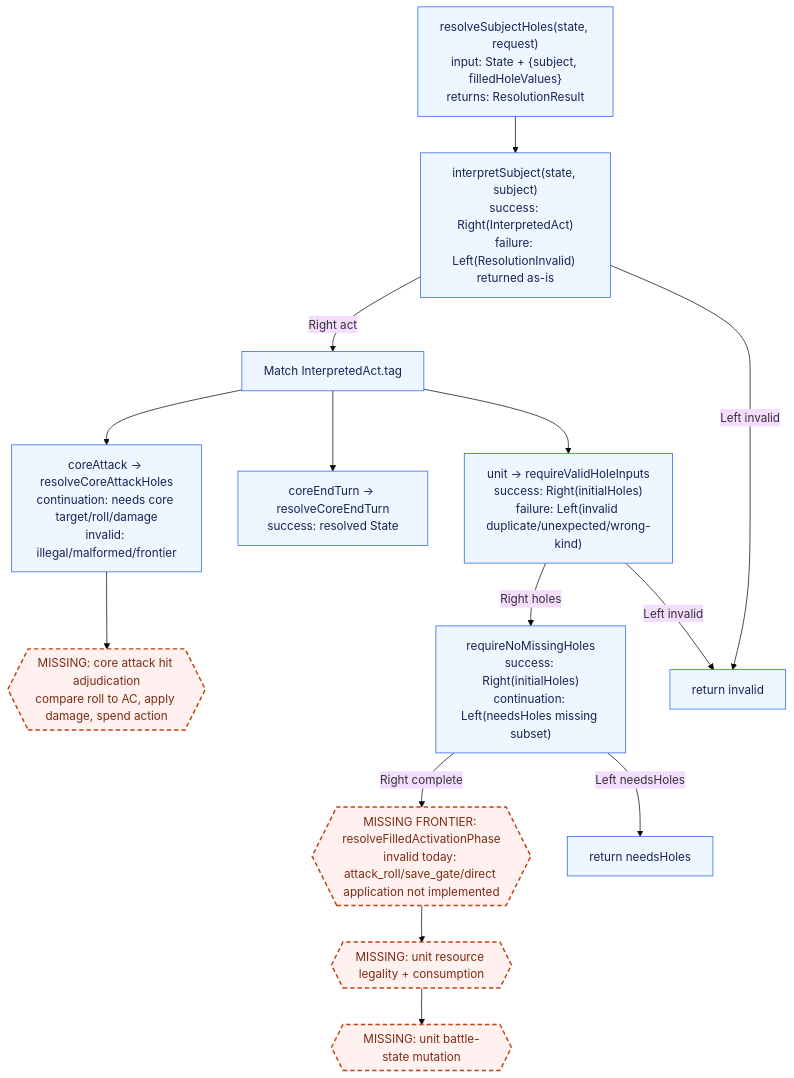
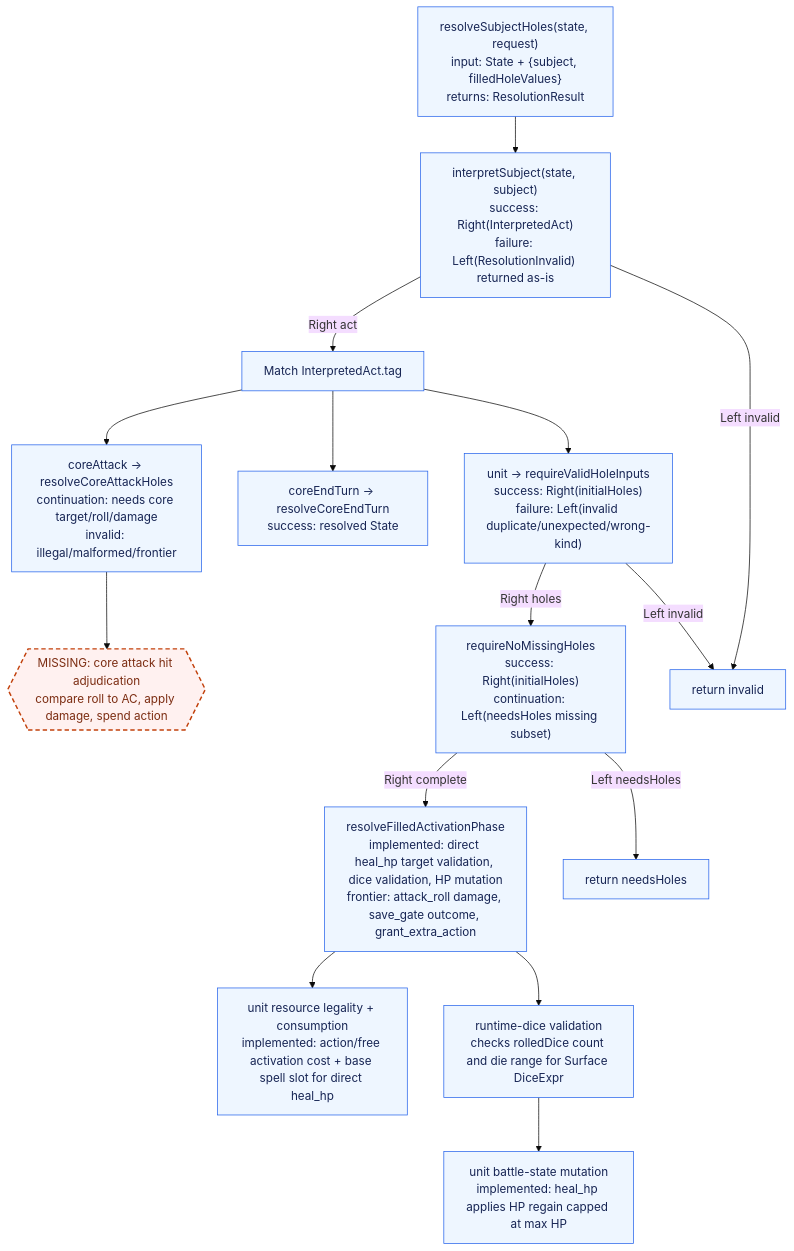
One commit to dearlordylord/5e-quint changed the fourth of 7 diagrams in packages/surface-runtime-correction/ARCHITECTURE_GRAPH.md. Above: the diagram before and after it, drawn with Mermaid (base theme). The commit also changed other lines of this file and 2 other files, not shown here.

Commit message:
Add unit resource spending

````diff
--- a/packages/surface-runtime-correction/ARCHITECTURE_GRAPH.md
+++ b/packages/surface-runtime-correction/ARCHITECTURE_GRAPH.md
@@ -132,31 +143,34 @@
 ```mermaid
 flowchart TD
   Resolve["resolveSubjectHoles(state, request)<br/>input: State + {subject, filledHoleValues}<br/>returns: ResolutionResult"]
   Interpret["interpretSubject(state, subject)<br/>success: Right(InterpretedAct)<br/>failure: Left(ResolutionInvalid) returned as-is"]
   Match["Match InterpretedAct.tag"]
 
   CoreAttackResolve["coreAttack -> resolveCoreAttackHoles<br/>continuation: needs core target/roll/damage<br/>invalid: illegal/malformed/frontier"]
   CoreAttackFrontier{{"MISSING: core attack hit adjudication<br/>compare roll to AC, apply damage, spend action"}}
   EndTurnResolve["coreEndTurn -> resolveCoreEndTurn<br/>success: resolved State"]
   ValidInputs["unit -> requireValidHoleInputs<br/>success: Right(initialHoles)<br/>failure: Left(invalid duplicate/unexpected/wrong-kind)"]
   Missing["requireNoMissingHoles<br/>success: Right(initialHoles)<br/>continuation: Left(needsHoles missing subset)"]
-  PhaseExec{{"MISSING FRONTIER: resolveFilledActivationPhase<br/>invalid today: attack_roll/save_gate/direct application not implemented"}}
-  UnitResource{{"MISSING: unit resource legality + consumption"}}
-  UnitMutation{{"MISSING: unit battle-state mutation"}}
+  PhaseExec["resolveFilledActivationPhase<br/>implemented: direct heal_hp target validation, dice validation, HP mutation<br/>frontier: attack_roll damage, save_gate outcome, grant_extra_action"]
+  UnitResource["unit resource legality + consumption<br/>implemented: action/free activation cost + base spell slot for direct heal_hp"]
+  UnitMutation["unit battle-state mutation<br/>implemented: heal_hp applies HP regain capped at max HP"]
+  RuntimeDice["runtime-dice validation<br/>checks rolledDice count and die range for Surface DiceExpr"]
 
   Resolve --> Interpret
   Interpret -->|Left invalid| Invalid["return invalid"]
   Interpret -->|Right act| Match
   Match --> CoreAttackResolve --> CoreAttackFrontier
   Match --> EndTurnResolve
   Match --> ValidInputs
   ValidInputs -->|Left invalid| Invalid
   ValidInputs -->|Right holes| Missing
   Missing -->|Left needsHoles| Needs["return needsHoles"]
-  Missing -->|Right complete| PhaseExec --> UnitResource --> UnitMutation
+  Missing -->|Right complete| PhaseExec
+  PhaseExec --> RuntimeDice --> UnitMutation
+  PhaseExec --> UnitResource
 
   classDef missing fill:#fff1f0,stroke:#c2410c,stroke-width:2px,stroke-dasharray: 6 4,color:#7c2d12;
   classDef implemented fill:#eef6ff,stroke:#2563eb,color:#172554;
-  class PhaseExec,UnitResource,UnitMutation,CoreAttackFrontier missing;
-  class Resolve,Interpret,Match,CoreAttackResolve,EndTurnResolve,ValidInputs,Missing,Invalid,Needs implemented;
+  class CoreAttackFrontier missing;
+  class Resolve,Interpret,Match,CoreAttackResolve,EndTurnResolve,ValidInputs,Missing,PhaseExec,RuntimeDice,UnitResource,UnitMutation,Invalid,Needs implemented;
 ```
````
